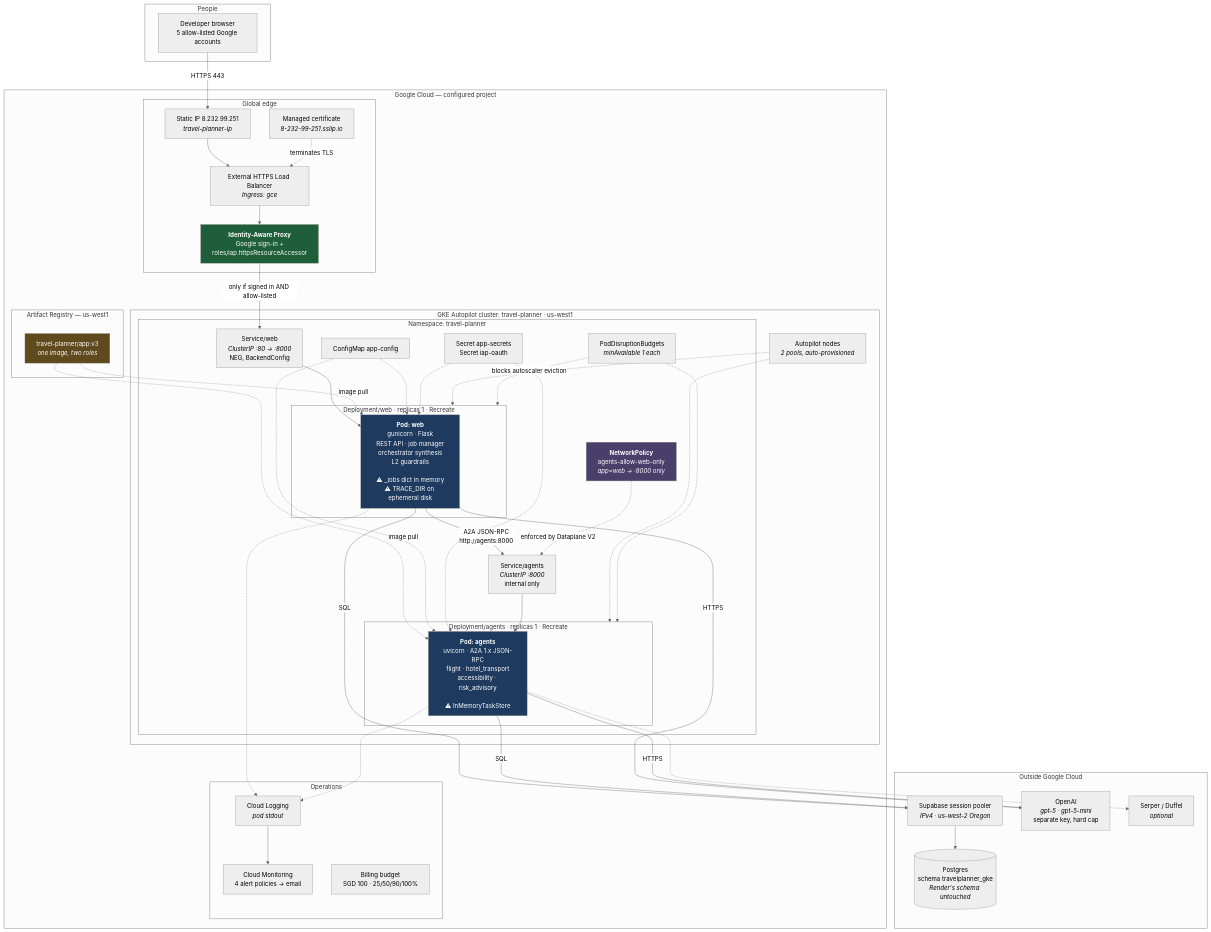
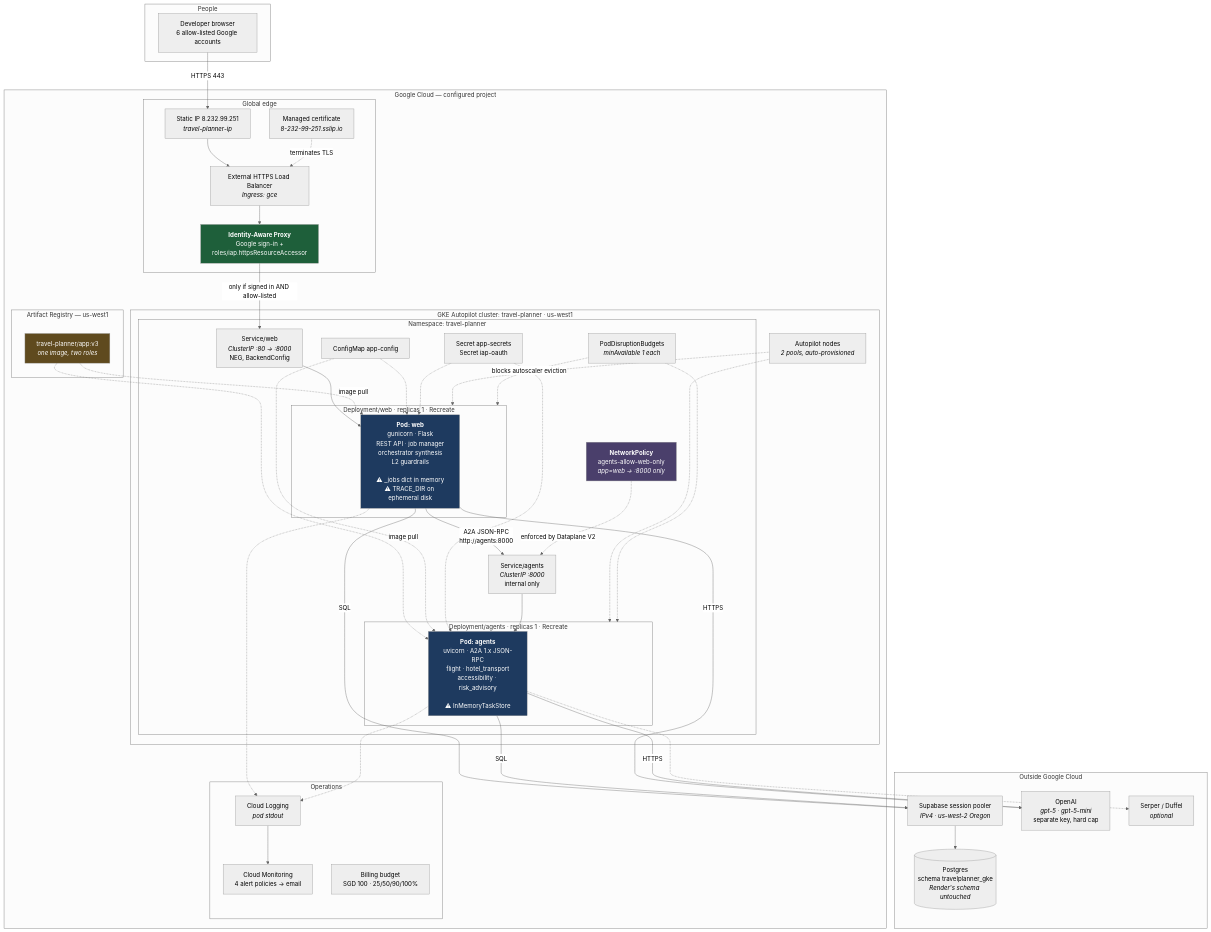
Before and after one commit to NUS-ISS-SWE5008-STACKABLE-2026-07-Team1/agentic-travel-planner: the diagram in docs/physical-architecture-gke.md, drawn with Mermaid (neutral theme). The commit also changed other lines of this file and 4 other files, not shown here.

````diff
--- a/docs/physical-architecture-gke.md
+++ b/docs/physical-architecture-gke.md
@@ -16,7 +16,7 @@
 ```mermaid
 graph TB
     subgraph USERS["People"]
-        DEV["Developer browser<br/>5 allow-listed Google accounts"]
+        DEV["Developer browser<br/>6 allow-listed Google accounts"]
     end
 
     subgraph GOOGLE["Google Cloud — configured project"]
````
